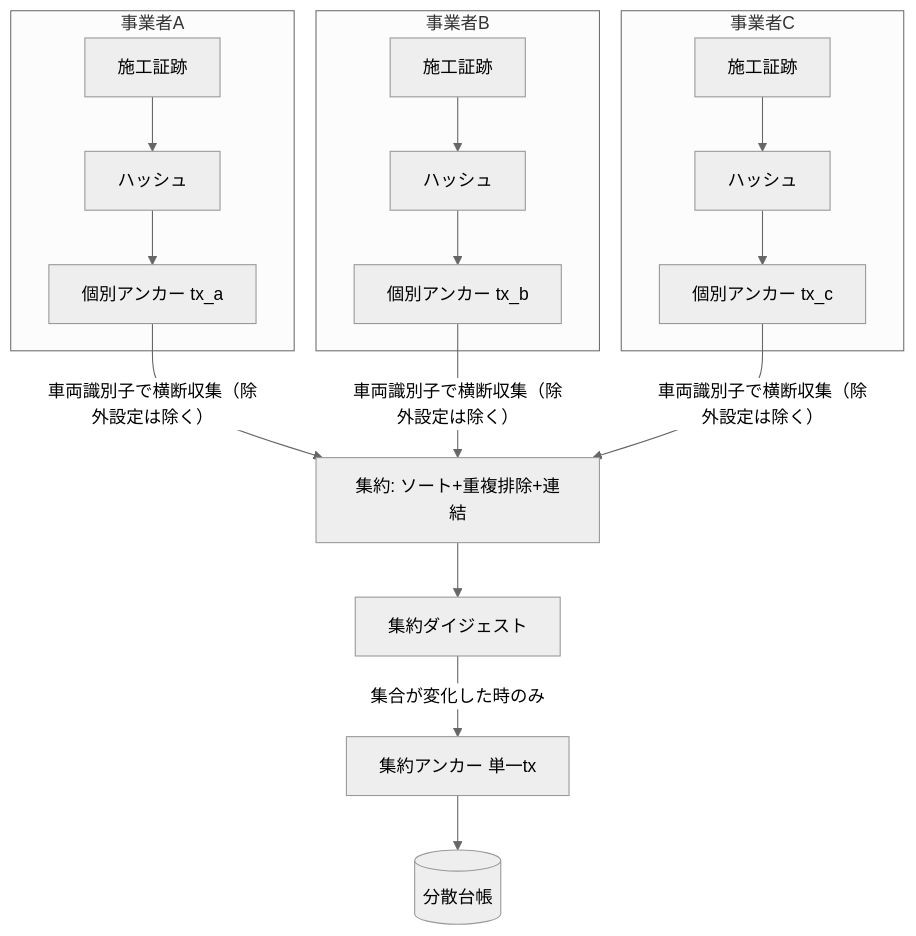
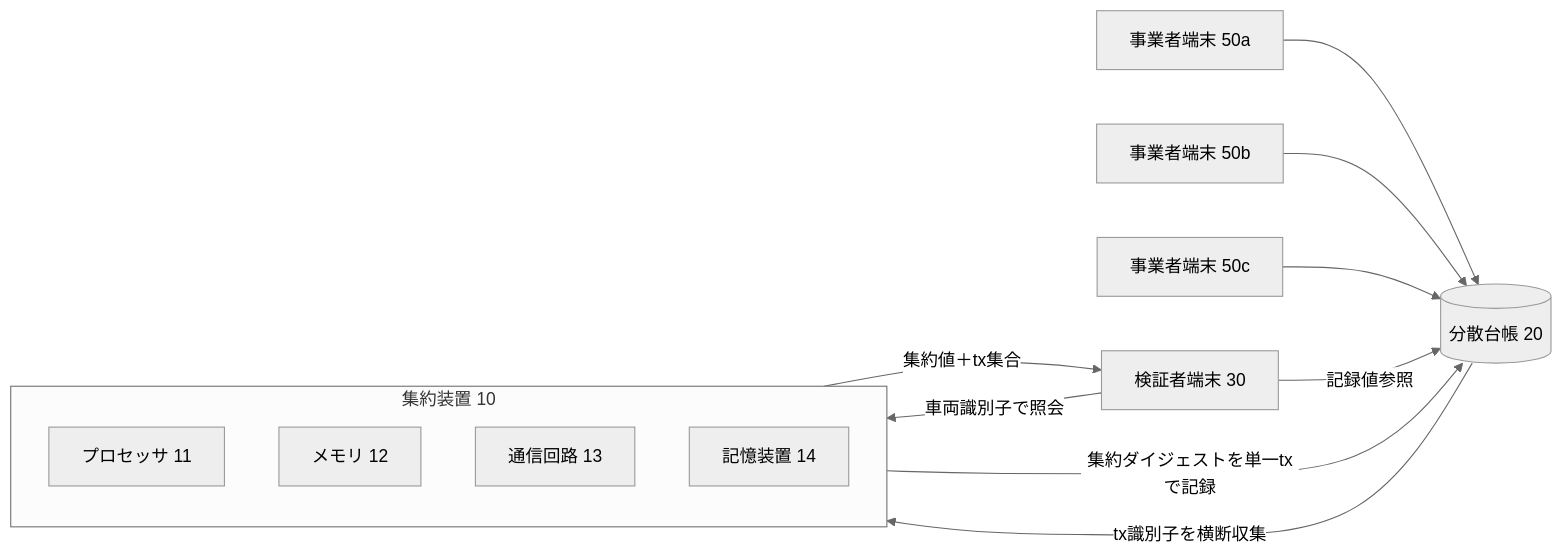
One commit to holy-auto/Ledra changed the first of 4 diagrams in docs/patents/drafts/明細書-01-メタアンカー.md. Above: the diagram before and after it, drawn with Mermaid (neutral theme). The commit also changed other lines of this file and 3 other files, not shown here.

````diff
--- a/docs/patents/drafts/明細書-01-メタアンカー.md
+++ b/docs/patents/drafts/明細書-01-メタアンカー.md
@@ -126,16 +165,17 @@
 ```mermaid
-flowchart TD
-    subgraph A[事業者A]
-        A1[施工証跡] --> A2[ハッシュ] --> A3[個別アンカー tx_a]
+flowchart LR
+    E50a[事業者端末 50a] --> L20[(分散台帳 20)]
+    E50b[事業者端末 50b] --> L20
+    E50c[事業者端末 50c] --> L20
+    subgraph S10[集約装置 10]
+      P11[プロセッサ 11]
+      M12[メモリ 12]
+      C13[通信回路 13]
+      D14[記憶装置 14]
     end
-    subgraph B[事業者B]
-        B1[施工証跡] --> B2[ハッシュ] --> B3[個別アンカー tx_b]
-    end
-    subgraph C[事業者C]
-        C1[施工証跡] --> C2[ハッシュ] --> C3[個別アンカー tx_c]
-    end
-    A3 & B3 & C3 -->|車両識別子で横断収集（除外設定は除く）| AGG[集約: ソート+重複排除+連結]
-    AGG --> H[集約ダイジェスト]
-    H -->|集合が変化した時のみ| ANCHOR[集約アンカー 単一tx]
-    ANCHOR --> CHAIN[(分散台帳)]
+    L20 -->|tx識別子を横断収集| S10
+    S10 -->|集約ダイジェストを単一txで記録| L20
+    V30[検証者端末 30] -->|車両識別子で照会| S10
+    S10 -->|集約値＋tx集合| V30
+    V30 -->|記録値参照| L20
 ```
````
